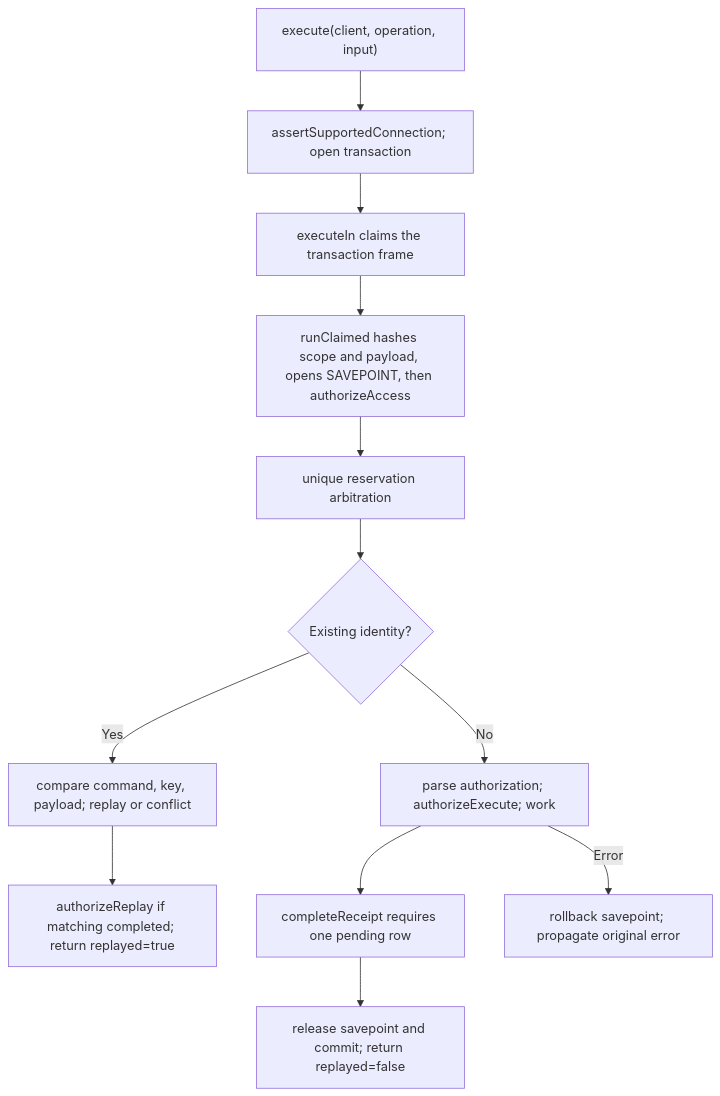
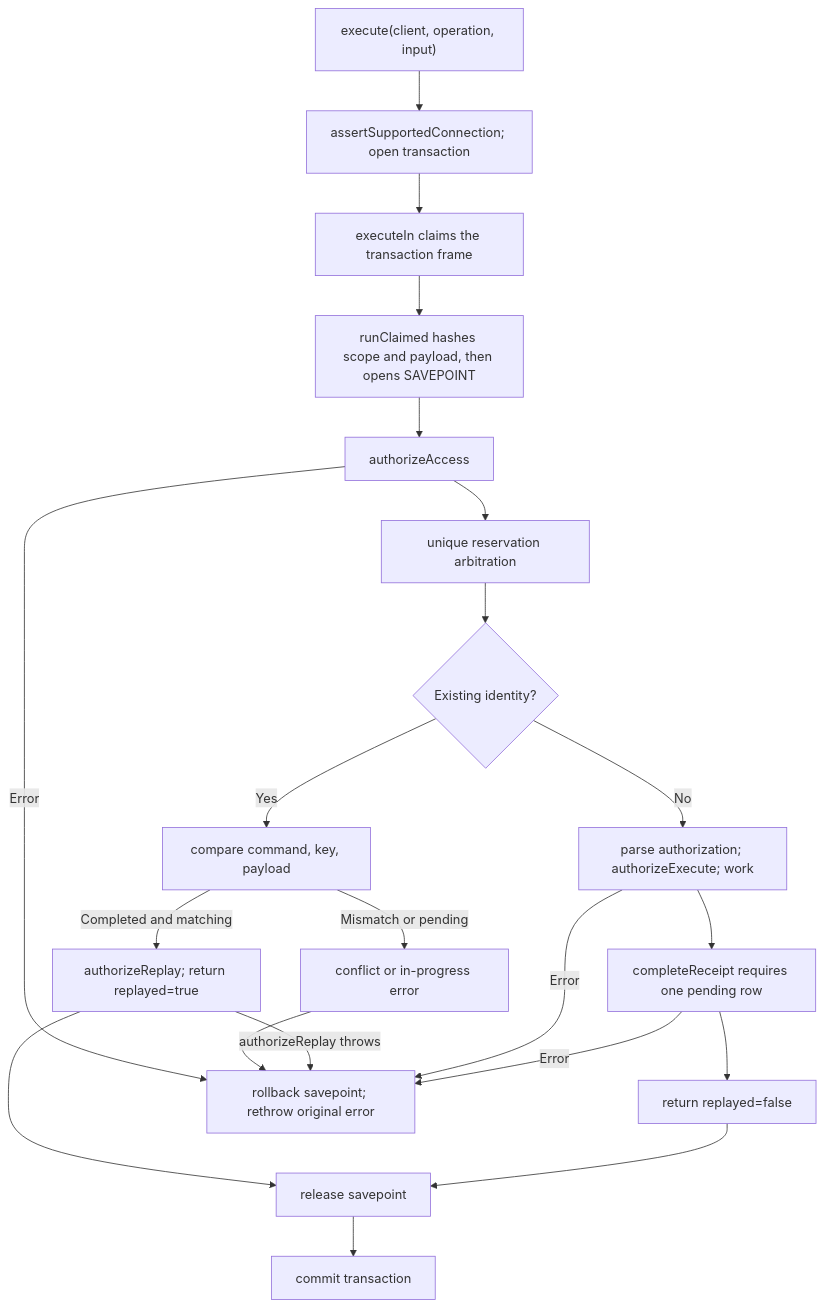
The second of 2 diagrams in user-stories/US-GUARD-01-execute-command.md (Kevinjohn/oss-adonisjs-duplicate-request-guard), drawn with Mermaid before and after one commit. The commit also changed other lines of this file and 6 other files, not shown here.

````diff
--- a/user-stories/US-GUARD-01-execute-command.md
+++ b/user-stories/US-GUARD-01-execute-command.md
@@ -46,14 +50,23 @@
 ```mermaid
 flowchart TD
     A["execute(client, operation, input)"] --> B["assertSupportedConnection; open transaction"]
     B --> C["executeIn claims the transaction frame"]
-    C --> D["runClaimed hashes scope and payload, opens SAVEPOINT, then authorizeAccess"]
-    D --> E["unique reservation arbitration"]
+    C --> D["runClaimed hashes scope and payload, then opens SAVEPOINT"]
+    D --> D2["authorizeAccess"]
+    D2 --> E["unique reservation arbitration"]
     E --> F{"Existing identity?"}
-    F -->|Yes| G["compare command, key, payload; replay or conflict"]
+    F -->|Yes| G["compare command, key, payload"]
+    G -->|Mismatch or pending| X["conflict or in-progress error"]
+    G -->|Completed and matching| L["authorizeReplay; return replayed=true"]
     F -->|No| H["parse authorization; authorizeExecute; work"]
     H --> I["completeReceipt requires one pending row"]
-    I --> J["release savepoint and commit; return replayed=false"]
-    G --> L["authorizeReplay if matching completed; return replayed=true"]
-    H -->|Error| K["rollback savepoint; propagate original error"]
+    I --> J["return replayed=false"]
+    L --> K["release savepoint"]
+    J --> K
+    K --> M["commit transaction"]
+    D2 -->|Error| Y["rollback savepoint; rethrow original error"]
+    X --> Y
+    L -->|authorizeReplay throws| Y
+    H -->|Error| Y
+    I -->|Error| Y
 ```
````
